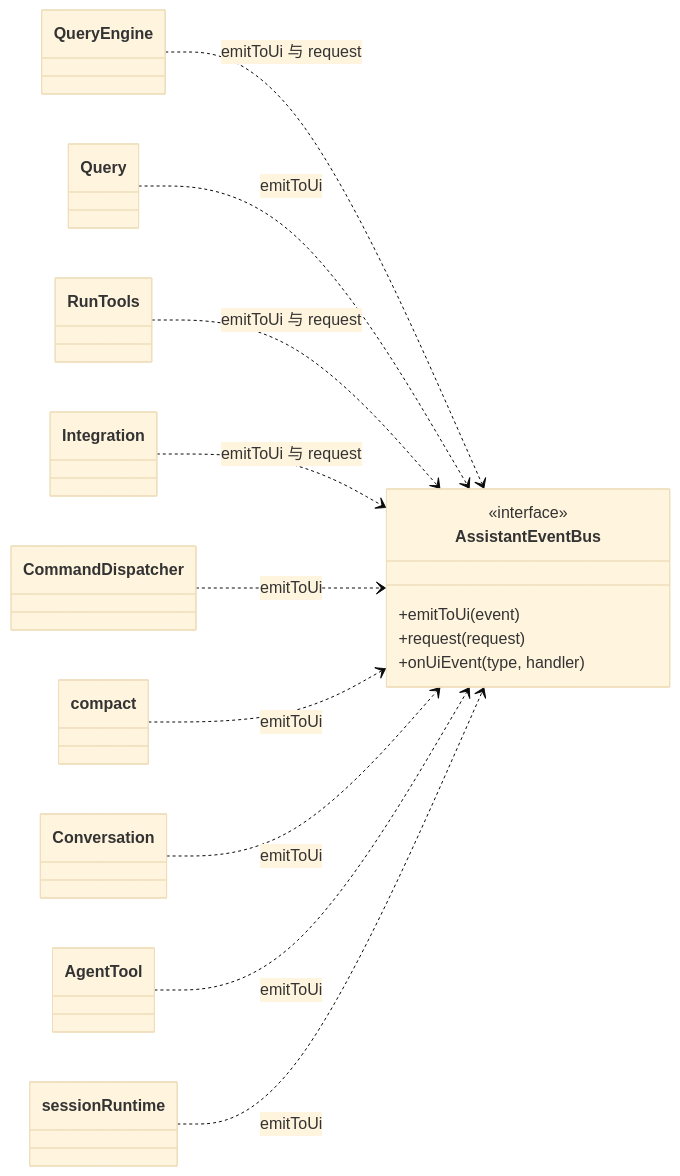
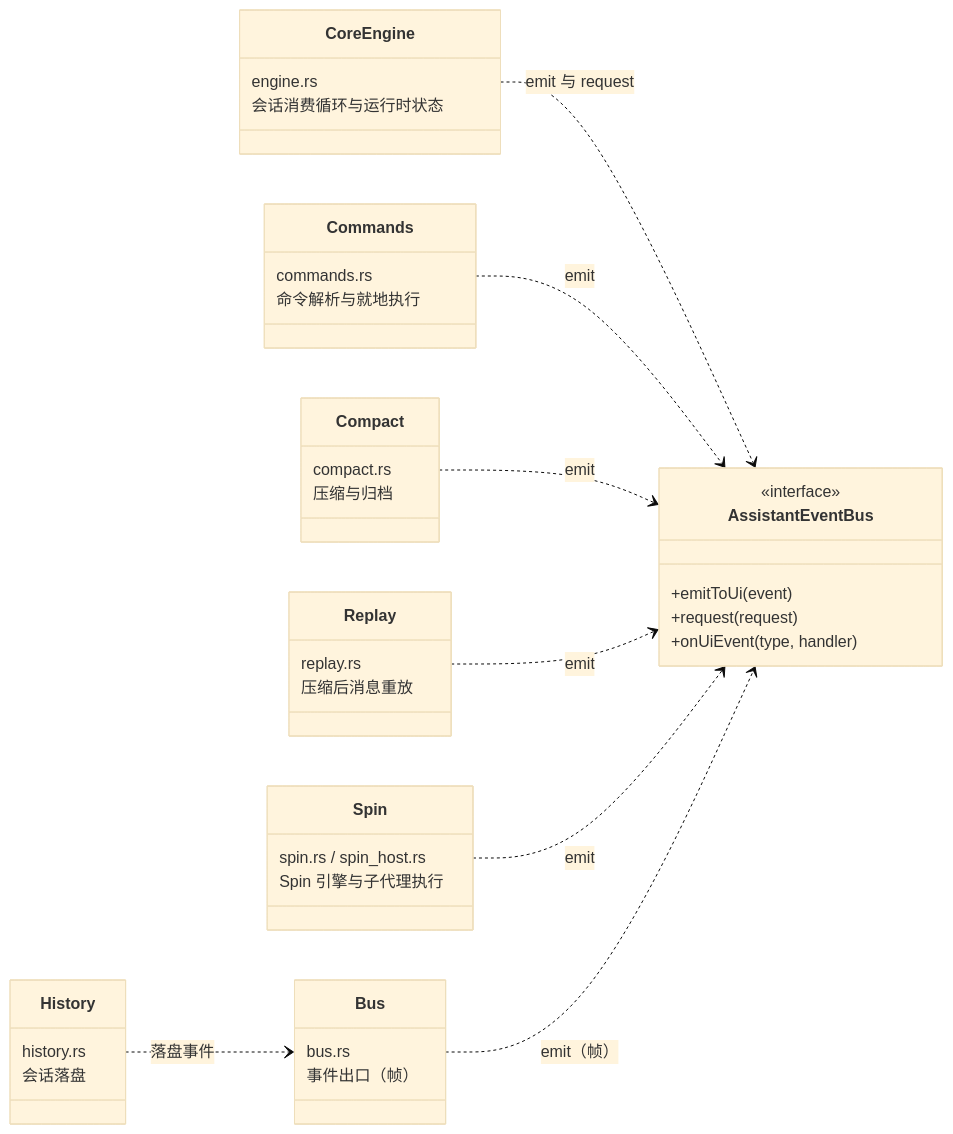
One commit to pzlvv/TuxedoCat changed the second of 2 diagrams in docs/architecture/class-diagrams.md. Above: the diagram before and after it, drawn with Mermaid (base theme). The commit also changed other lines of this file and 471 other files, not shown here.

````diff
--- a/docs/architecture/class-diagrams.md
+++ b/docs/architecture/class-diagrams.md
@@ -217,31 +220,48 @@
 ```mermaid
 classDiagram
   direction LR
 
-  class QueryEngine
-  class Query
-  class RunTools
-  class Integration
-  class CommandDispatcher
-  class compact
-  class Conversation
-  class AgentTool
-  class sessionRuntime
+  class CoreEngine {
+    engine.rs
+    会话消费循环与运行时状态
+  }
+  class Commands {
+    commands.rs
+    命令解析与就地执行
+  }
+  class Compact {
+    compact.rs
+    压缩与归档
+  }
+  class Replay {
+    replay.rs
+    压缩后消息重放
+  }
+  class Spin {
+    spin.rs / spin_host.rs
+    Spin 引擎与子代理执行
+  }
+  class History {
+    history.rs
+    会话落盘
+  }
+  class Bus {
+    bus.rs
+    事件出口（帧）
+  }
 
   class AssistantEventBus {
     <<interface>>
     +emitToUi(event)
     +request(request)
     +onUiEvent(type, handler)
   }
 
-  QueryEngine ..> AssistantEventBus : emitToUi 与 request
-  Query ..> AssistantEventBus : emitToUi
-  RunTools ..> AssistantEventBus : emitToUi 与 request
-  Integration ..> AssistantEventBus : emitToUi 与 request
-  CommandDispatcher ..> AssistantEventBus : emitToUi
-  compact ..> AssistantEventBus : emitToUi
-  Conversation ..> AssistantEventBus : emitToUi
-  AgentTool ..> AssistantEventBus : emitToUi
-  sessionRuntime ..> AssistantEventBus : emitToUi
+  CoreEngine ..> AssistantEventBus : emit 与 request
+  Commands ..> AssistantEventBus : emit
+  Compact ..> AssistantEventBus : emit
+  Replay ..> AssistantEventBus : emit
+  Spin ..> AssistantEventBus : emit
+  History ..> Bus : 落盘事件
+  Bus ..> AssistantEventBus : emit（帧）
 ```
````
